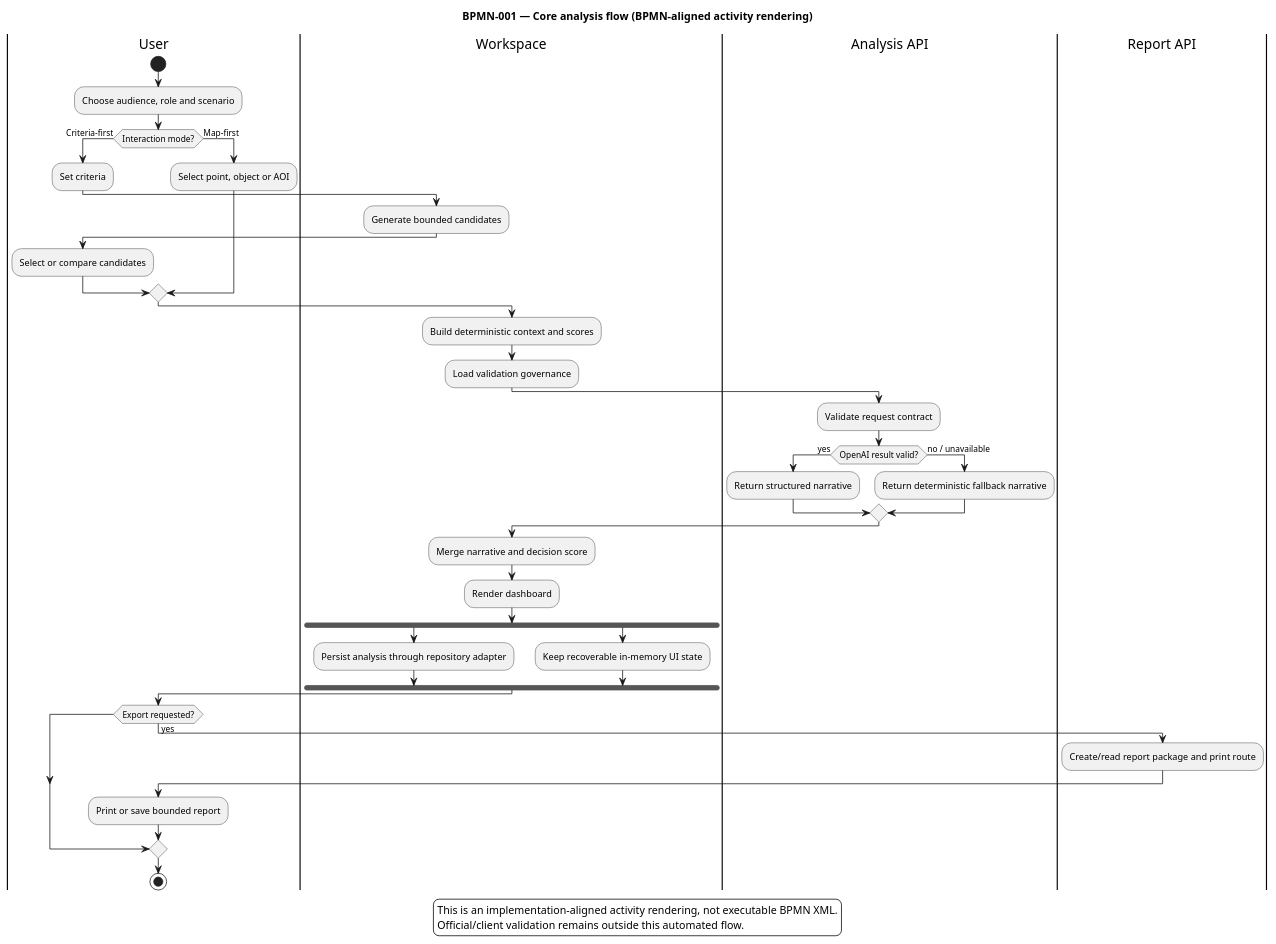
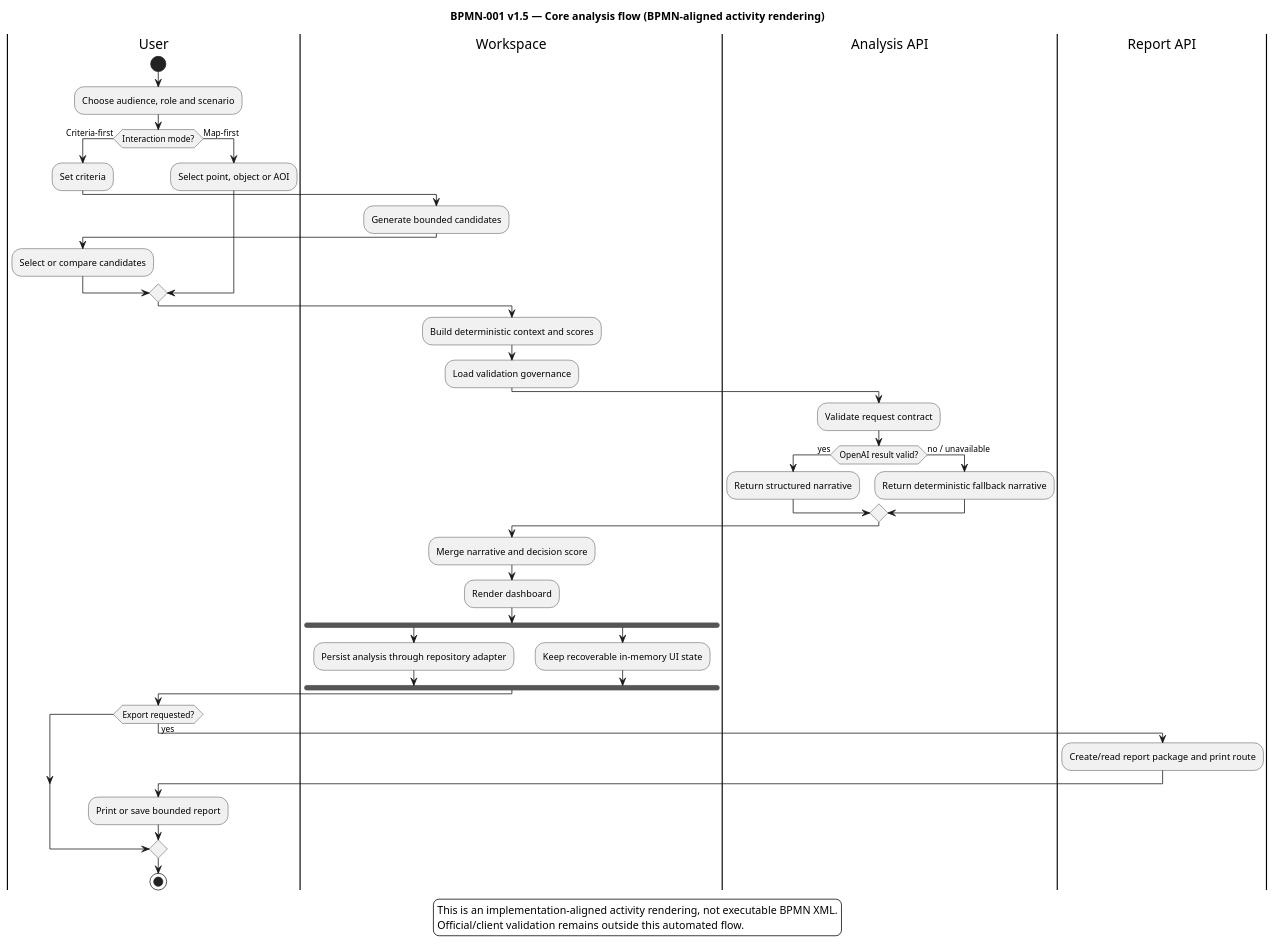
One commit to mmgolikov/geoai-mvp changed the diagram in docs/artifacts/bpmn/BPMN-001-core-analysis-flow.puml. Above: the diagram before and after it, drawn with PlantUML. The commit also changed 30 other files, not shown here.

Commit message:
docs: preserve controlled architecture versions

```diff
--- a/docs/artifacts/bpmn/BPMN-001-core-analysis-flow.puml
+++ b/docs/artifacts/bpmn/BPMN-001-core-analysis-flow.puml
@@ -1,52 +1,52 @@
 @startuml BPMN-001
 !pragma layout smetana
-title BPMN-001 — Core analysis flow (BPMN-aligned activity rendering)
+title BPMN-001 v1.5 — Core analysis flow (BPMN-aligned activity rendering)
 skinparam backgroundColor #FFFFFF
 skinparam shadowing false
 skinparam defaultFontName Arial
 
 |User|
 start
 :Choose audience, role and scenario;
 if (Interaction mode?) then (Criteria-first)
   :Set criteria;
   |Workspace|
   :Generate bounded candidates;
   |User|
   :Select or compare candidates;
 else (Map-first)
   :Select point, object or AOI;
 endif
 
 |Workspace|
 :Build deterministic context and scores;
 :Load validation governance;
 |Analysis API|
 :Validate request contract;
 if (OpenAI result valid?) then (yes)
   :Return structured narrative;
 else (no / unavailable)
   :Return deterministic fallback narrative;
 endif
 |Workspace|
 :Merge narrative and decision score;
 :Render dashboard;
 fork
   :Persist analysis through repository adapter;
 fork again
   :Keep recoverable in-memory UI state;
 end fork
 |User|
 if (Export requested?) then (yes)
   |Report API|
   :Create/read report package and print route;
   |User|
   :Print or save bounded report;
 endif
 stop
 
 legend bottom
   This is an implementation-aligned activity rendering, not executable BPMN XML.
   Official/client validation remains outside this automated flow.
 endlegend
 @enduml
```
